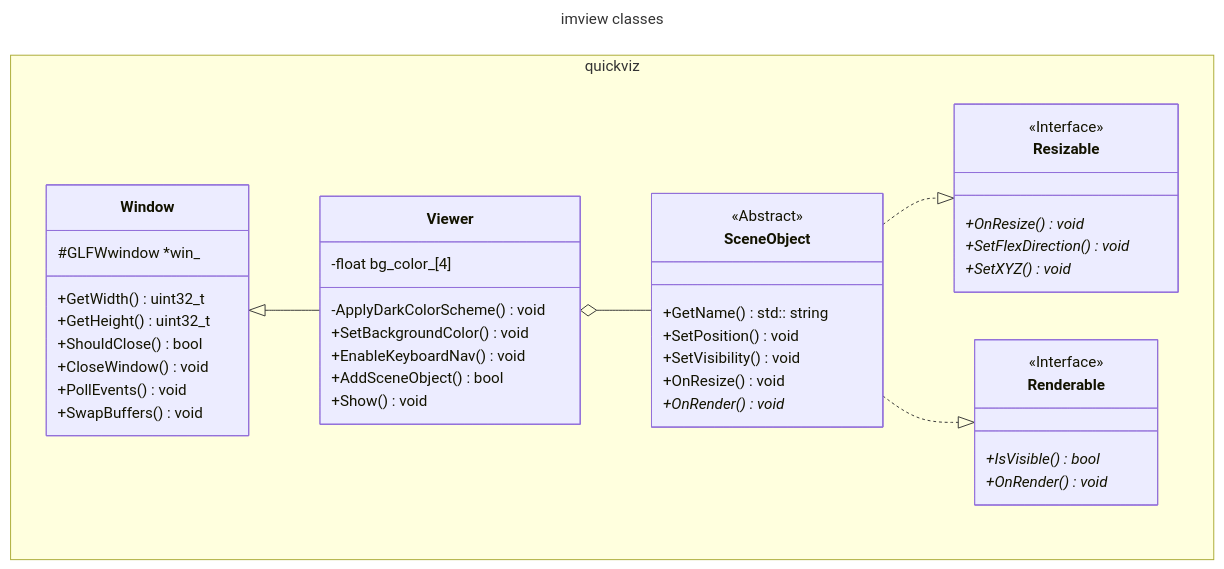
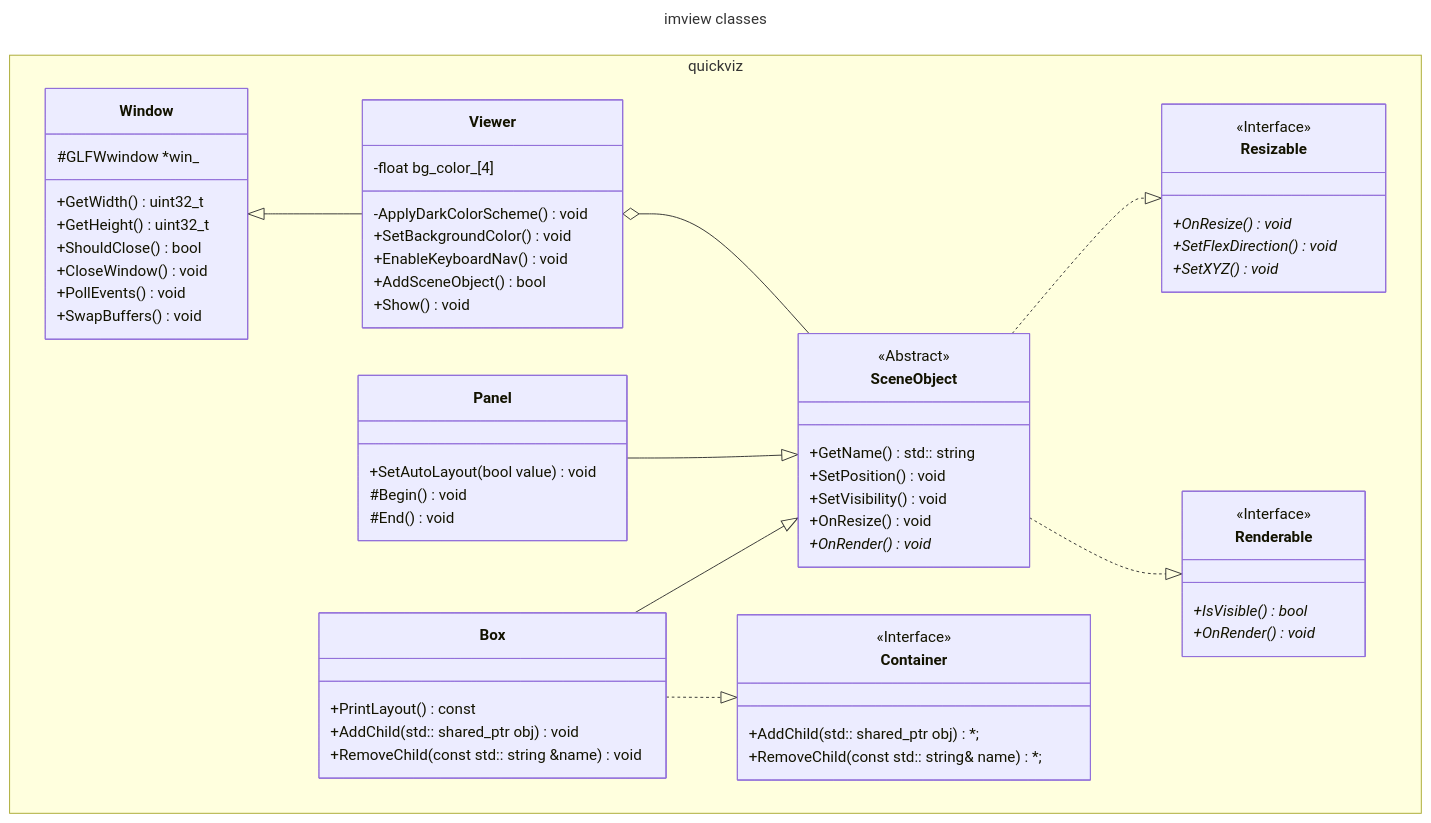
The diagram in docs/imview_design.md (rxdu/quickviz), drawn with Mermaid before and after one commit. The commit also changed other lines of this file and 19 other files, not shown here.

````diff
--- a/docs/imview_design.md
+++ b/docs/imview_design.md
@@ -24,48 +24,66 @@
 ```mermaid
 ---
 title: imview classes
 ---
 classDiagram
     Window <|-- Viewer
     Viewer o-- SceneObject
+    Panel --|> SceneObject
+    Box --|> SceneObject
+    Box ..|> Container
     SceneObject ..|> Resizable
     SceneObject ..|> Renderable
     namespace quickviz {
         class Window {
             #GLFWwindow *win_
             +GetWidth() uint32_t
             +GetHeight() uint32_t
             +ShouldClose() bool
             +CloseWindow() void
             +PollEvents() void
             +SwapBuffers() void
         }
         class Viewer {
             -float bg_color_[4]
             -ApplyDarkColorScheme() void
             +SetBackgroundColor() void
             +EnableKeyboardNav() void
             +AddSceneObject() bool
             +Show() void
         }
         class Renderable {
             <<Interface>>
             +IsVisible() bool *
             +OnRender() void *
         }
         class Resizable {
             <<Interface>>
             +OnResize() void *
             +SetFlexDirection() void *
             +SetXYZ() void *
         }
+        class Container {
+            <<Interface>>
+            +AddChild(std:: shared_ptr<SceneObject> obj) *;
+            +RemoveChild(const std:: string& name) *;
+        }
         class SceneObject {
             <<Abstract>>
             +GetName() std:: string
             +SetPosition() void
             +SetVisibility() void
             +OnResize() void
             +OnRender() void *
         }
+        class Box {
+            +PrintLayout() const
+            +AddChild(std:: shared_ptr<SceneObject> obj) void
+            +RemoveChild(const std:: string &name) void
+        }
+        class Panel {
+            +SetAutoLayout(bool value) void
+            #Begin() void
+            #End() void
+        }
     }
 ```
````
